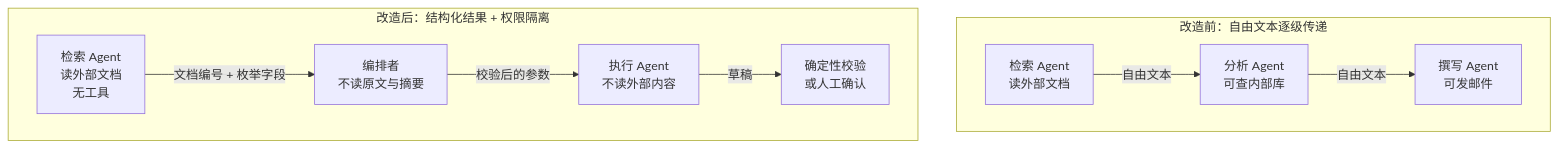
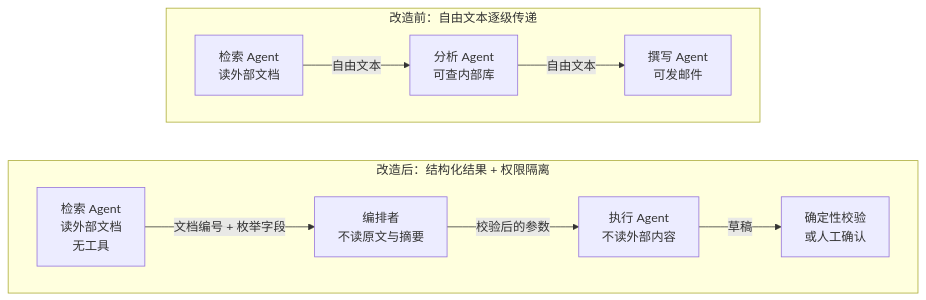
One commit to yeasy/ai_security_guide changed the second of 2 diagrams in 12_agent_attack_surface/12.7_multi_agent_security.md. Above: the diagram before and after it, drawn with Mermaid. The commit also changed other lines of this file and 1 other file, not shown here.

First line of the commit message:
style(智能体篇): PDF 中两张并排小图改为上下堆叠，14.5 两张六列表合并为四列

````diff
--- a/12_agent_attack_surface/12.7_multi_agent_security.md
+++ b/12_agent_attack_surface/12.7_multi_agent_security.md
@@ -87,14 +89,16 @@
 ```mermaid
 flowchart TB
     subgraph before ["改造前：自由文本逐级传递"]
     direction LR
     R1["检索 Agent<br/>读外部文档"] -->|"自由文本"| N1["分析 Agent<br/>可查内部库"] -->|"自由文本"| W1["撰写 Agent<br/>可发邮件"]
     end
 
     subgraph after ["改造后：结构化结果 + 权限隔离"]
     direction LR
     R2["检索 Agent<br/>读外部文档<br/>无工具"] -->|"文档编号 + 枚举字段"| O2["编排者<br/>不读原文与摘要"]
     O2 -->|"校验后的参数"| W2["执行 Agent<br/>不读外部内容"]
     W2 -->|"草稿"| H2["确定性校验<br/>或人工确认"]
     end
+
+    before ~~~ after
 ```
````
